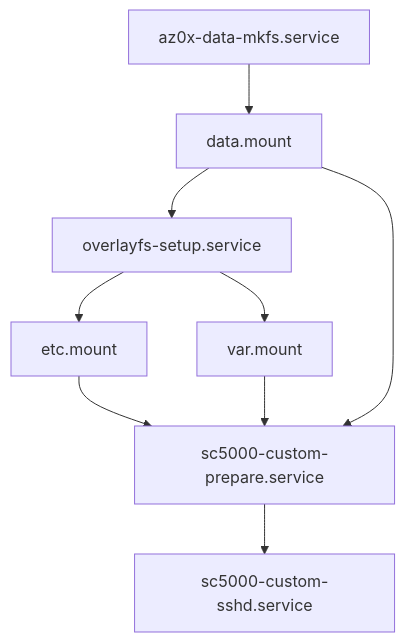
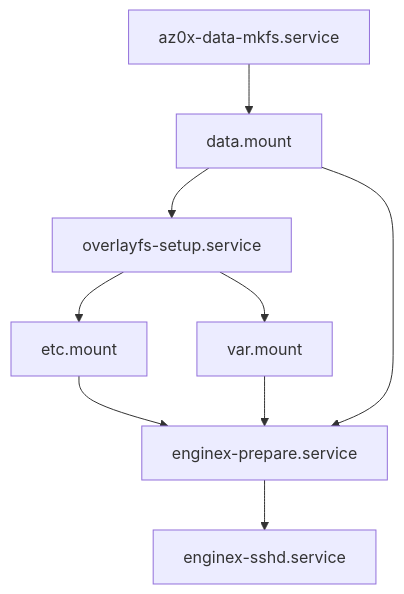
Before and after one commit to Cd1s/EngineX-OS: the diagram in docs/re-report/ENGINE-5.0.4-ANALYSIS.md, drawn with Mermaid. The commit also changed other lines of this file and 89 other files, not shown here.

````diff
--- a/docs/re-report/ENGINE-5.0.4-ANALYSIS.md
+++ b/docs/re-report/ENGINE-5.0.4-ANALYSIS.md
@@ -180,11 +180,11 @@
 ```mermaid
 flowchart TD
   A[az0x-data-mkfs.service] --> B[data.mount]
   B --> C[overlayfs-setup.service]
   C --> D[etc.mount]
   C --> E[var.mount]
-  D --> F[sc5000-custom-prepare.service]
+  D --> F[enginex-prepare.service]
   E --> F
   B --> F
-  F --> G[sc5000-custom-sshd.service]
+  F --> G[enginex-sshd.service]
 ```
````
